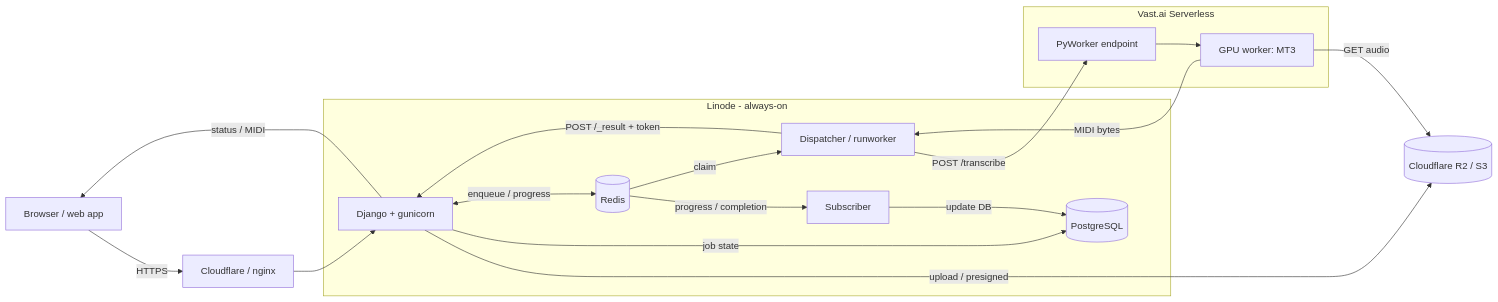
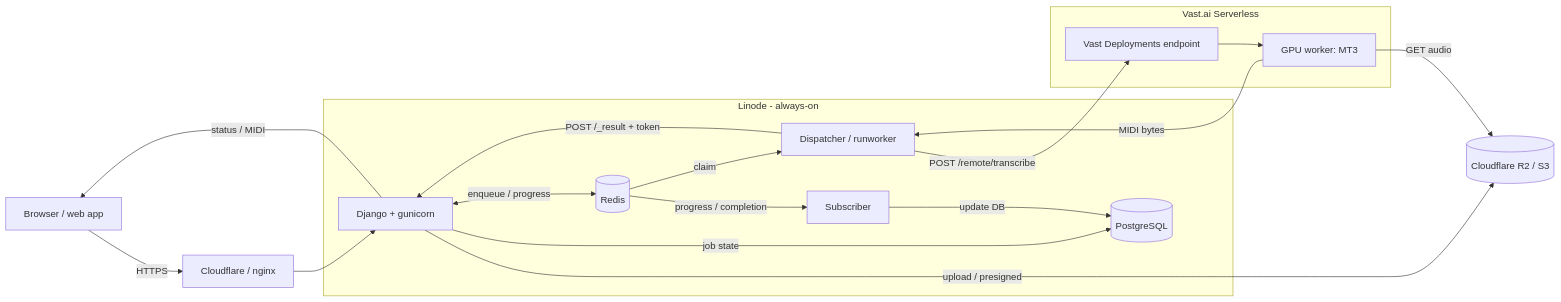
One commit to osamja/whats-the-tab changed the first of 2 diagrams in docs/architecture.md. Above: the diagram before and after it, drawn with Mermaid. The commit also changed other lines of this file and 17 other files, not shown here.

````diff
--- a/docs/architecture.md
+++ b/docs/architecture.md
@@ -33,30 +33,30 @@
 ```mermaid
 flowchart LR
   B[Browser / web app]
   E[Cloudflare / nginx]
   subgraph L[Linode - always-on]
     D[Django + gunicorn]
     S[Subscriber]
     P[(PostgreSQL)]
     R[(Redis)]
     W[Dispatcher / runworker]
   end
   subgraph V[Vast.ai Serverless]
-    X[PyWorker endpoint]
+    X[Vast Deployments endpoint]
     G[GPU worker: MT3]
   end
   O[(Cloudflare R2 / S3)]
 
   B -->|HTTPS| E --> D
   D -->|upload / presigned| O
   D -->|job state| P
   D <-->|enqueue / progress| R
   R -->|progress / completion| S
   S -->|update DB| P
   R -->|claim| W
-  W -->|POST /transcribe| X --> G
+  W -->|POST /remote/transcribe| X --> G
   G -->|GET audio| O
   G -->|MIDI bytes| W
   W -->|POST /_result + token| D
   D -->|status / MIDI| B
 ```
````
